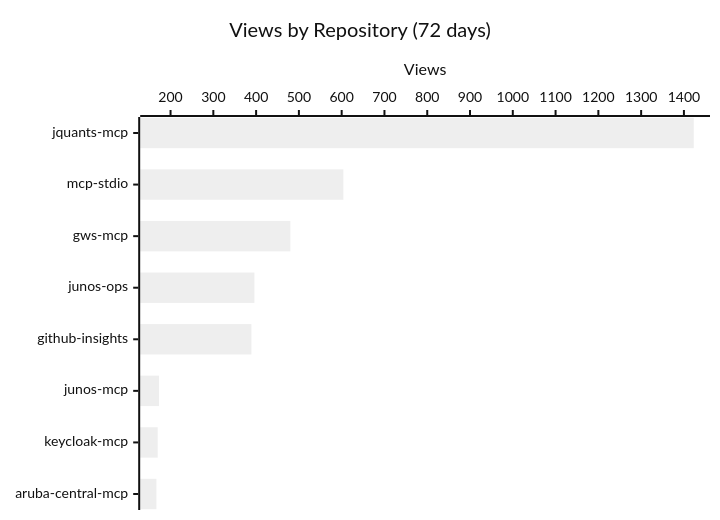
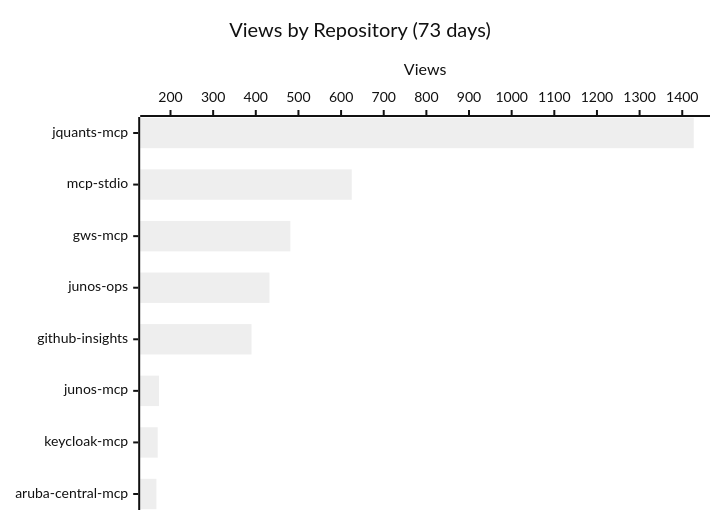
The first of 3 diagrams in README.md (shigechika/github-insights), drawn with Mermaid (neutral theme) before and after one commit. The commit also changed other lines of this file and 2 other files, not shown here.

````diff
--- a/README.md
+++ b/README.md
@@ -18,7 +18,7 @@
 ```mermaid
 xychart-beta horizontal
-    title "Views by Repository (72 days)"
+    title "Views by Repository (73 days)"
     x-axis ["jquants-mcp", "mcp-stdio", "gws-mcp", "junos-ops", "github-insights", "junos-mcp", "keycloak-mcp", "aruba-central-mcp"]
     y-axis "Views"
-    bar [1423, 604, 480, 396, 389, 173, 170, 167]
+    bar [1427, 625, 481, 432, 390, 173, 170, 167]
 ```
````
